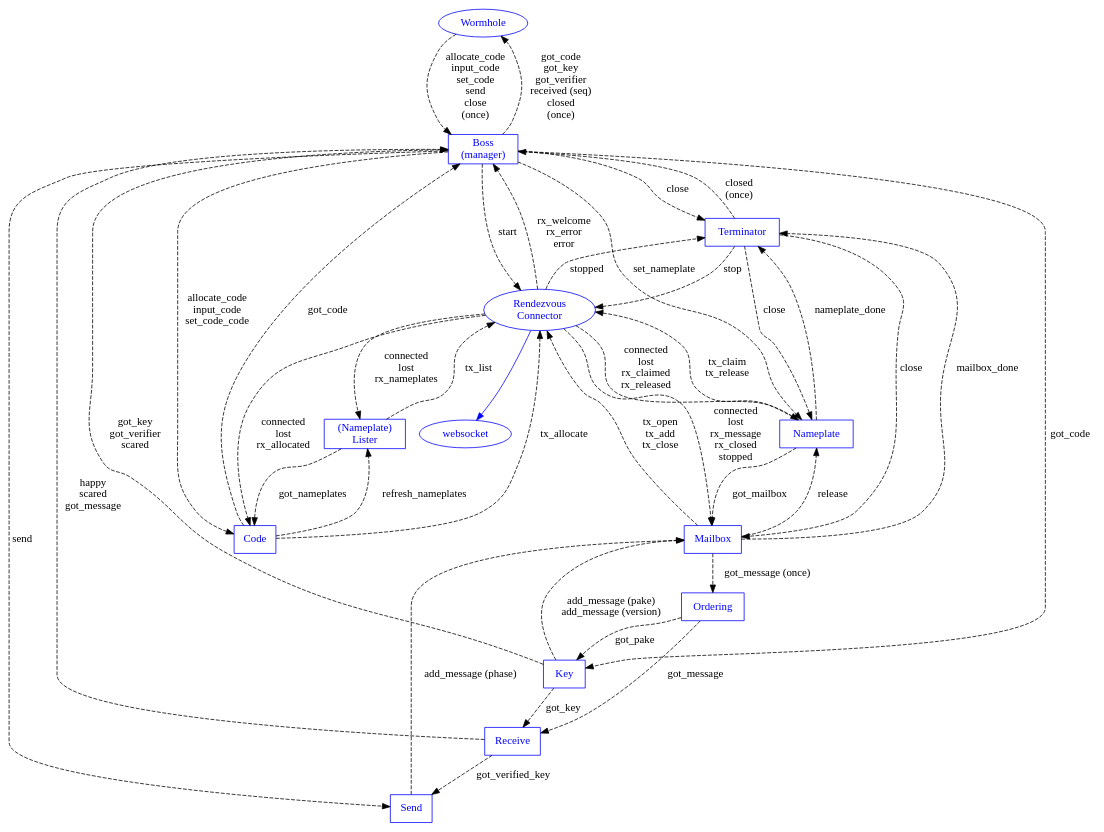
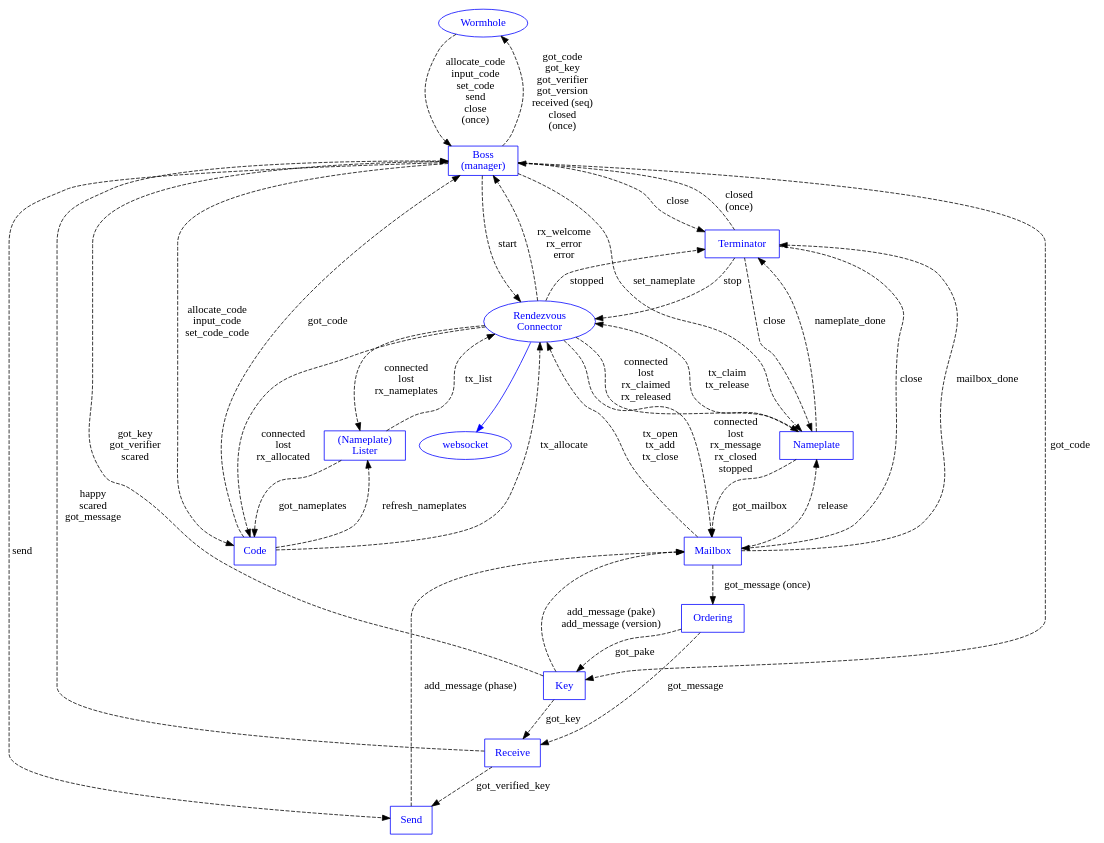
Before and after one commit to magic-wormhole/magic-wormhole: the diagram in docs/state-machines/machines.dot, drawn with Graphviz. The commit also changed 4 other files, not shown here.

```diff
--- a/docs/state-machines/machines.dot
+++ b/docs/state-machines/machines.dot
@@ -1,94 +1,94 @@
 digraph {
         Wormhole [shape="oval" color="blue" fontcolor="blue"]
         Boss [shape="box" label="Boss\n(manager)"
                   color="blue" fontcolor="blue"]
         Nameplate [shape="box" color="blue" fontcolor="blue"]
         Mailbox [shape="box" color="blue" fontcolor="blue"]
         Connection [label="Rendezvous\nConnector"
                     shape="oval" color="blue" fontcolor="blue"]
         websocket [color="blue" fontcolor="blue"]
         Order [shape="box" label="Ordering" color="blue" fontcolor="blue"]
         Key [shape="box" label="Key" color="blue" fontcolor="blue"]
         Send [shape="box" label="Send" color="blue" fontcolor="blue"]
         Receive [shape="box" label="Receive" color="blue" fontcolor="blue"]
         Code [shape="box" label="Code" color="blue" fontcolor="blue"]
         Lister [shape="box" label="(Nameplate)\nLister"
                 color="blue" fontcolor="blue"]
         Terminator [shape="box" color="blue" fontcolor="blue"]
 
         Connection -> websocket [color="blue"]
         #Connection -> Order [color="blue"]
 
         Wormhole -> Boss [style="dashed" label="allocate_code\ninput_code\nset_code\nsend\nclose\n(once)"]
         #Wormhole -> Boss [color="blue"]
-        Boss -> Wormhole [style="dashed" label="got_code\ngot_key\ngot_verifier\nreceived (seq)\nclosed\n(once)"]
+        Boss -> Wormhole [style="dashed" label="got_code\ngot_key\ngot_verifier\ngot_version\nreceived (seq)\nclosed\n(once)"]
 
         #Boss -> Connection [color="blue"]
         Boss -> Connection [style="dashed" label="start"]
         Connection -> Boss [style="dashed" label="rx_welcome\nrx_error\nerror"]
 
         Boss -> Send [style="dashed" label="send"]
 
         Boss -> Nameplate [style="dashed" label="set_nameplate"]
         #Boss -> Mailbox [color="blue"]
         Mailbox -> Order [style="dashed" label="got_message (once)"]
         Boss -> Key [style="dashed" label="got_code"]
         Key -> Boss [style="dashed" label="got_key\ngot_verifier\nscared"]
         Order -> Key [style="dashed" label="got_pake"]
         Order -> Receive [style="dashed" label="got_message"]
         #Boss -> Key [color="blue"]
         Key -> Mailbox [style="dashed"
                         label="add_message (pake)\nadd_message (version)"]
         Receive -> Send [style="dashed" label="got_verified_key"]
         Send -> Mailbox [style="dashed" label="add_message (phase)"]
 
         Key -> Receive [style="dashed" label="got_key"]
         Receive -> Boss [style="dashed"
                          label="happy\nscared\ngot_message"]
         Nameplate -> Connection [style="dashed"
                                  label="tx_claim\ntx_release"]
         Connection -> Nameplate [style="dashed"
                                  label="connected\nlost\nrx_claimed\nrx_released"]
         Mailbox -> Nameplate [style="dashed" label="release"]
         Nameplate -> Mailbox [style="dashed" label="got_mailbox"]
 
         Mailbox -> Connection [style="dashed"
                                label="tx_open\ntx_add\ntx_close"
                                ]
         Connection -> Mailbox [style="dashed"
                                label="connected\nlost\nrx_message\nrx_closed\nstopped"]
 
         Connection -> Lister [style="dashed"
                               label="connected\nlost\nrx_nameplates"
                               ]
         Lister -> Connection [style="dashed"
                               label="tx_list"
                               ]
 
         #Boss -> Code [color="blue"]
         Connection -> Code [style="dashed"
                             label="connected\nlost\nrx_allocated"]
         Code -> Connection [style="dashed"
                             label="tx_allocate"
                             ]
         Lister -> Code [style="dashed"
                         label="got_nameplates"
                         ]
         #Code -> Lister [color="blue"]
         Code -> Lister [style="dashed"
                         label="refresh_nameplates"
                         ]
         Boss -> Code [style="dashed"
                       label="allocate_code\ninput_code\nset_code_code"]
         Code -> Boss [style="dashed"
                       label="got_code"]
 
         Nameplate -> Terminator [style="dashed" label="nameplate_done"]
         Mailbox -> Terminator [style="dashed" label="mailbox_done"]
         Terminator -> Nameplate [style="dashed" label="close"]
         Terminator -> Mailbox [style="dashed" label="close"]
         Terminator -> Connection [style="dashed" label="stop"]
         Connection -> Terminator [style="dashed" label="stopped"]
         Terminator -> Boss [style="dashed" label="closed\n(once)"]
         Boss -> Terminator [style="dashed" label="close"]
 }
```
